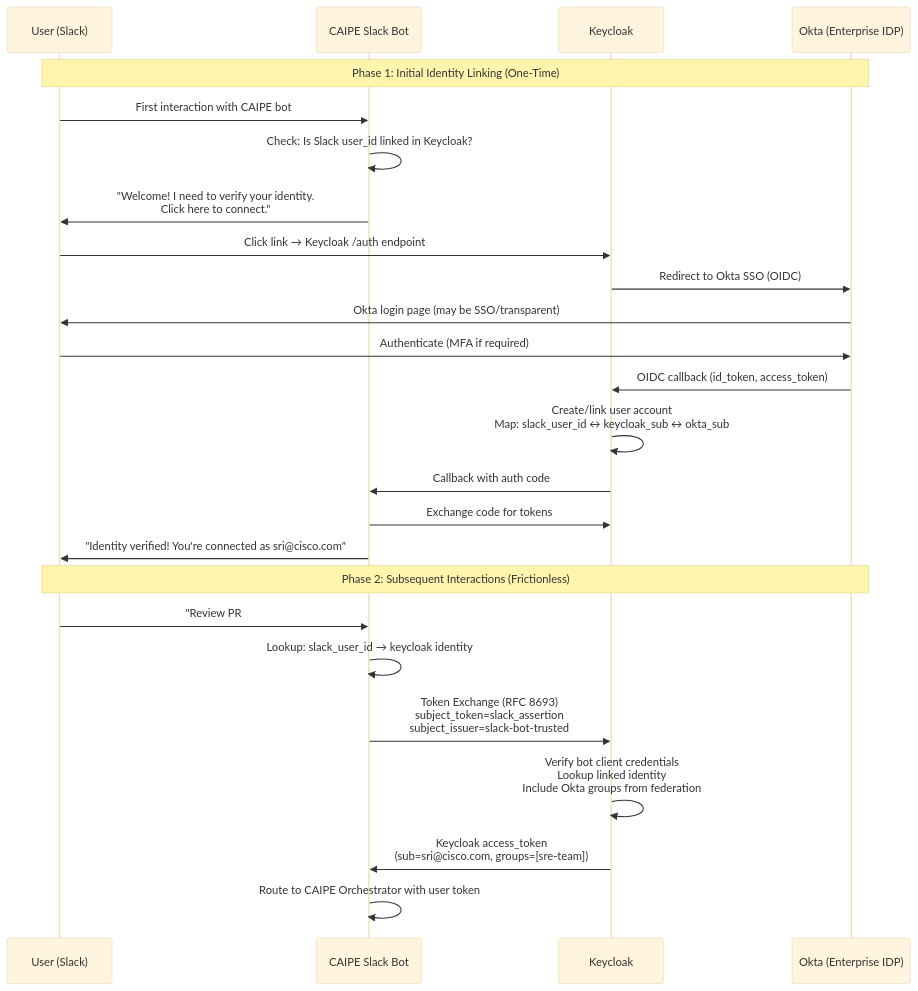
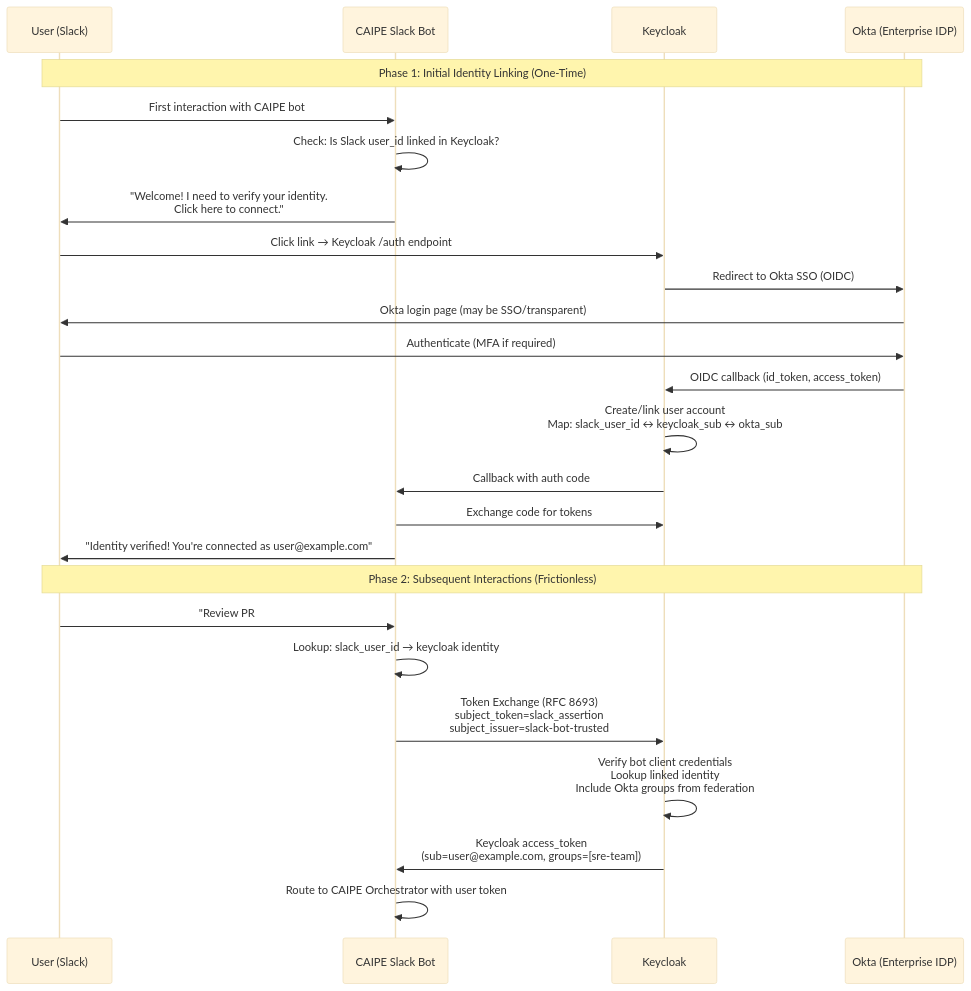
One commit to cnoe-io/ai-platform-engineering changed the second of 9 diagrams in docs/docs/architecture/enterprise-identity-federation.md. Above: the diagram before and after it, drawn with Mermaid (base theme). The commit also changed other lines of this file, not shown here.

First line of the commit message:
docs(architecture): remove Cisco-specific references, make doc generic

````diff
--- a/docs/docs/architecture/enterprise-identity-federation.md
+++ b/docs/docs/architecture/enterprise-identity-federation.md
@@ -132,32 +132,32 @@
 ```mermaid
 sequenceDiagram
     participant U as User (Slack)
     participant SB as CAIPE Slack Bot
     participant KC as Keycloak
     participant OKTA as Okta (Enterprise IDP)
 
     Note over U,OKTA: Phase 1: Initial Identity Linking (One-Time)
 
     U->>SB: First interaction with CAIPE bot
     SB->>SB: Check: Is Slack user_id linked in Keycloak?
     SB->>U: "Welcome! I need to verify your identity.<br/>Click here to connect."
 
     U->>KC: Click link → Keycloak /auth endpoint
     KC->>OKTA: Redirect to Okta SSO (OIDC)
     OKTA->>U: Okta login page (may be SSO/transparent)
     U->>OKTA: Authenticate (MFA if required)
     OKTA->>KC: OIDC callback (id_token, access_token)
     KC->>KC: Create/link user account<br/>Map: slack_user_id ↔ keycloak_sub ↔ okta_sub
     KC->>SB: Callback with auth code
     SB->>KC: Exchange code for tokens
-    SB->>U: "Identity verified! You're connected as sri@cisco.com"
+    SB->>U: "Identity verified! You're connected as user@example.com"
 
     Note over U,OKTA: Phase 2: Subsequent Interactions (Frictionless)
 
     U->>SB: "Review PR #42 on caipe repo"
     SB->>SB: Lookup: slack_user_id → keycloak identity
     SB->>KC: Token Exchange (RFC 8693)<br/>subject_token=slack_assertion<br/>subject_issuer=slack-bot-trusted
     KC->>KC: Verify bot client credentials<br/>Lookup linked identity<br/>Include Okta groups from federation
-    KC->>SB: Keycloak access_token<br/>(sub=sri@cisco.com, groups=[sre-team])
+    KC->>SB: Keycloak access_token<br/>(sub=user@example.com, groups=[sre-team])
     SB->>SB: Route to CAIPE Orchestrator with user token
 ```
````
